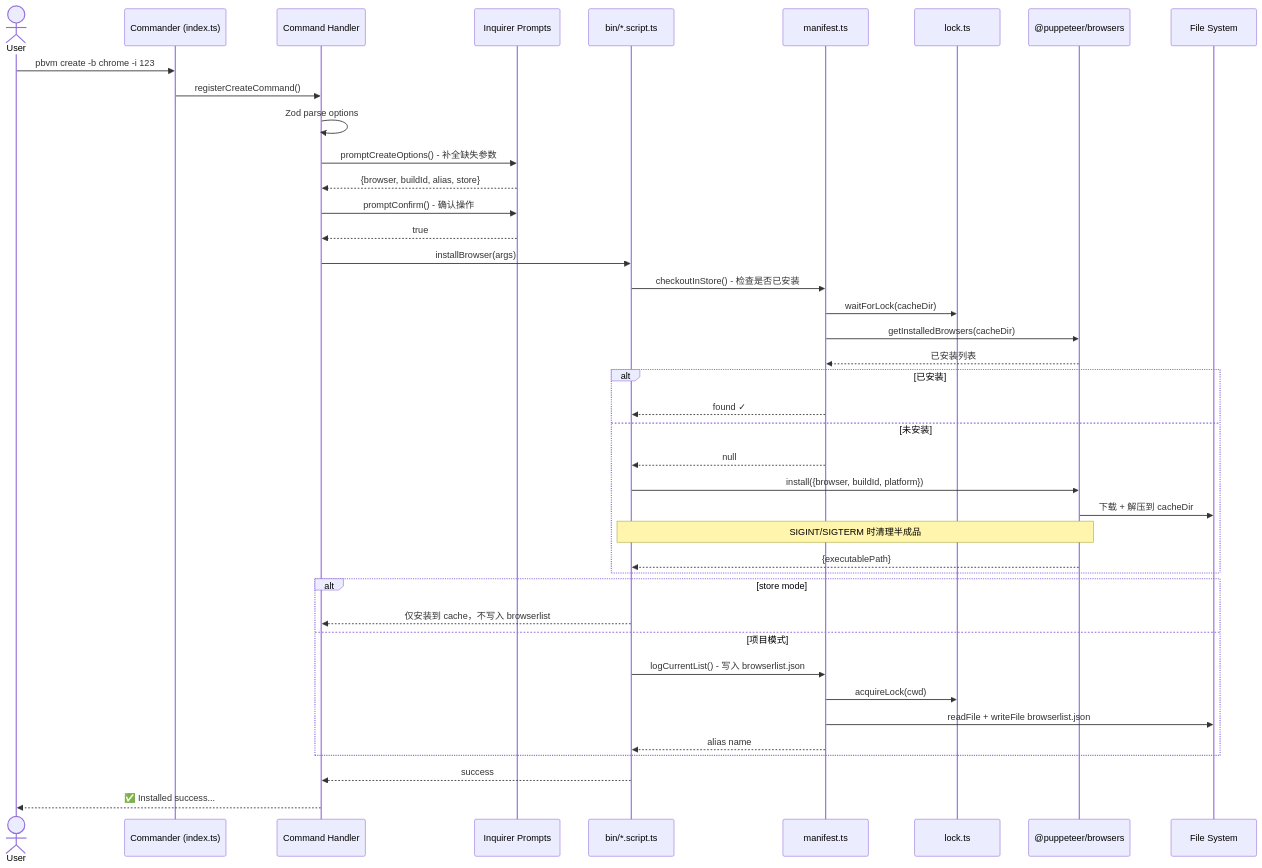
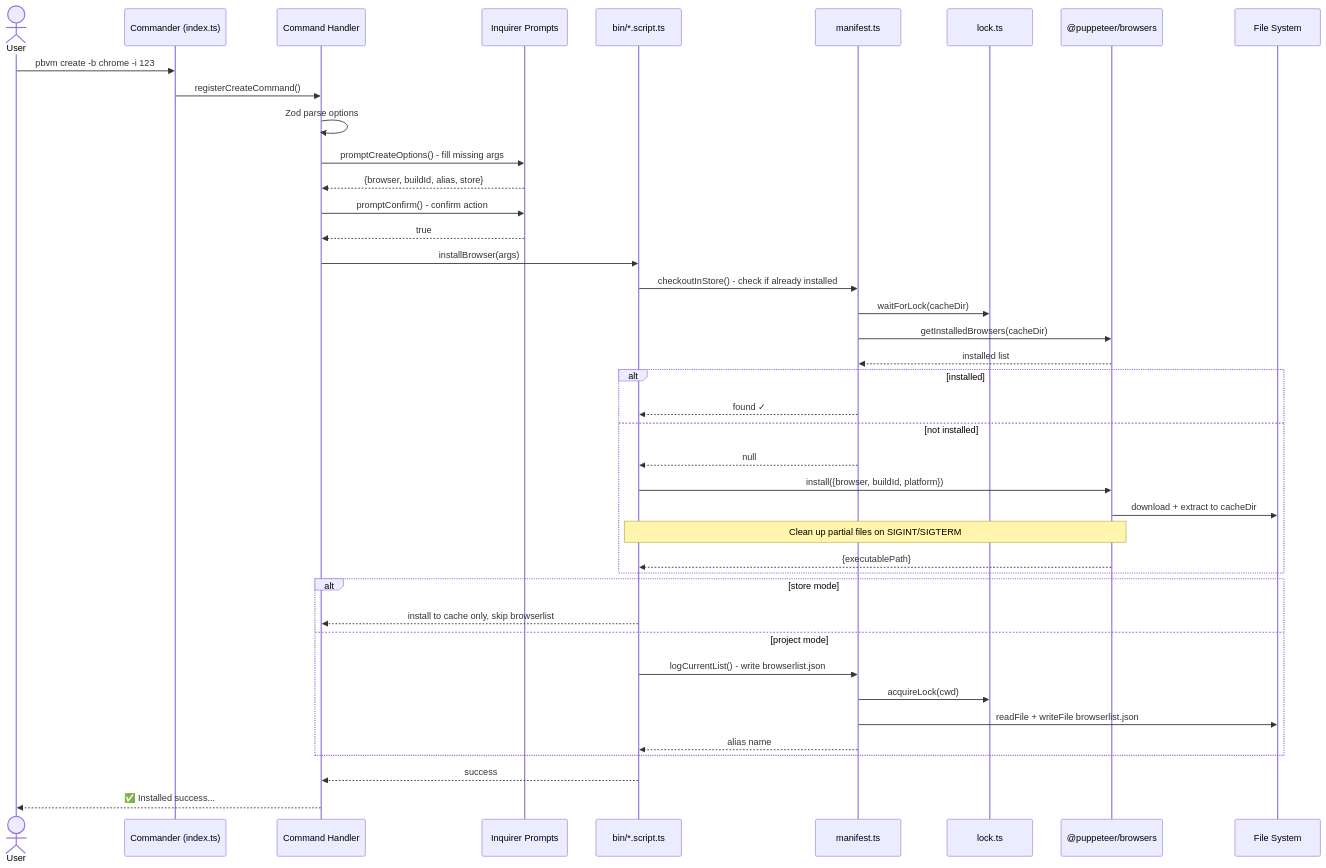
The diagram in documentation/docs/concepts/commander.mdx (cgfeel/pbvm), drawn with Mermaid before and after one commit. The commit also changed other lines of this file and 52 other files, not shown here.

````diff
--- a/documentation/docs/concepts/commander.mdx
+++ b/documentation/docs/concepts/commander.mdx
@@ -11,48 +11,48 @@
 ```mermaid
   sequenceDiagram
       actor User
       participant CLI as Commander (index.ts)
       participant Cmd as Command Handler
       participant Prompt as Inquirer Prompts
       participant Script as bin/*.script.ts
       participant Manifest as manifest.ts
       participant Lock as lock.ts
       participant Browser as @puppeteer/browsers
       participant FS as File System
 
       User->>CLI: pbvm create -b chrome -i 123
       CLI->>Cmd: registerCreateCommand()
       Cmd->>Cmd: Zod parse options
-      Cmd->>Prompt: promptCreateOptions() - 补全缺失参数
+      Cmd->>Prompt: promptCreateOptions() - fill missing args
       Prompt-->>Cmd: {browser, buildId, alias, store}
-      Cmd->>Prompt: promptConfirm() - 确认操作
+      Cmd->>Prompt: promptConfirm() - confirm action
       Prompt-->>Cmd: true
 
       Cmd->>Script: installBrowser(args)
-      Script->>Manifest: checkoutInStore() - 检查是否已安装
+      Script->>Manifest: checkoutInStore() - check if already installed
       Manifest->>Lock: waitForLock(cacheDir)
       Manifest->>Browser: getInstalledBrowsers(cacheDir)
-      Browser-->>Manifest: 已安装列表
+      Browser-->>Manifest: installed list
 
-      alt 已安装
+      alt installed
           Manifest-->>Script: found ✓
-      else 未安装
+      else not installed
           Manifest-->>Script: null
           Script->>Browser: install({browser, buildId, platform})
-          Browser->>FS: 下载 + 解压到 cacheDir
-          Note over Script,Browser: SIGINT/SIGTERM 时清理半成品
+          Browser->>FS: download + extract to cacheDir
+          Note over Script,Browser: Clean up partial files on SIGINT/SIGTERM
           Browser-->>Script: {executablePath}
       end
 
       alt store mode
-          Script-->>Cmd: 仅安装到 cache，不写入 browserlist
-      else 项目模式
-          Script->>Manifest: logCurrentList() - 写入 browserlist.json
+          Script-->>Cmd: install to cache only, skip browserlist
+      else project mode
+          Script->>Manifest: logCurrentList() - write browserlist.json
           Manifest->>Lock: acquireLock(cwd)
           Manifest->>FS: readFile + writeFile browserlist.json
           Manifest-->>Script: alias name
       end
 
       Script-->>Cmd: success
       Cmd-->>User: ✅ Installed success...
 ```
````
